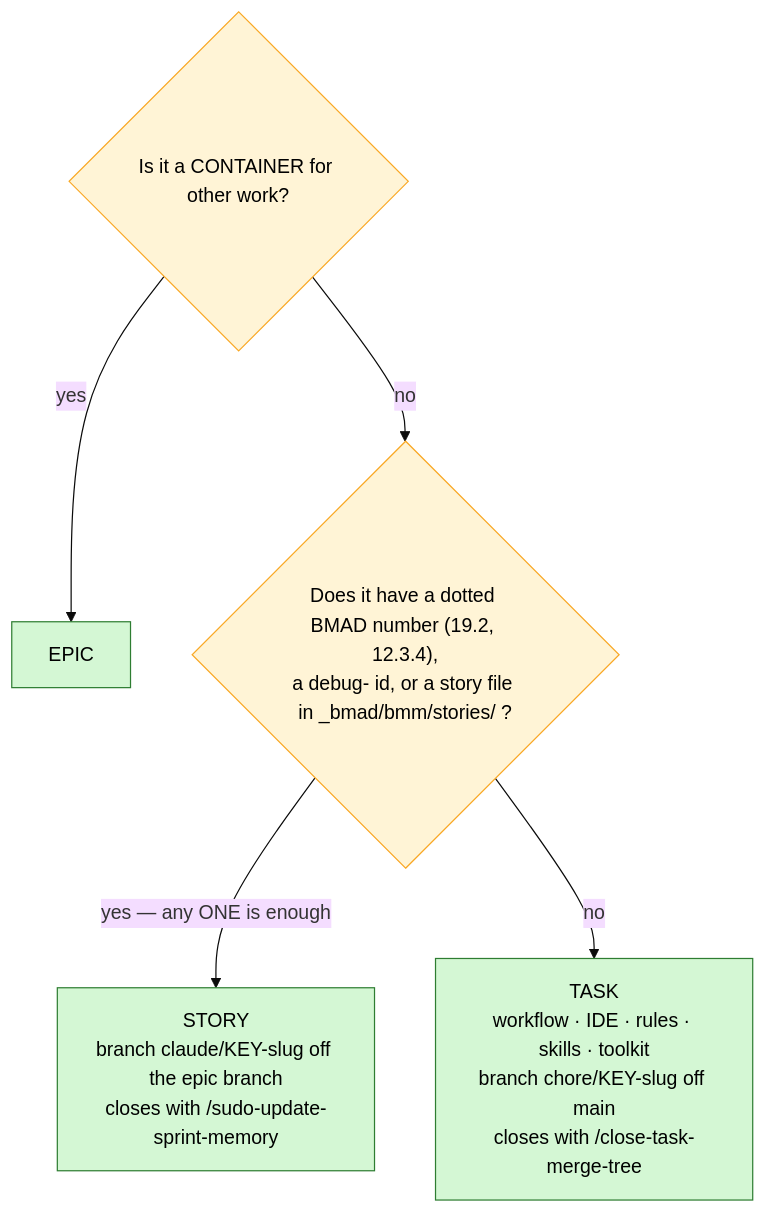
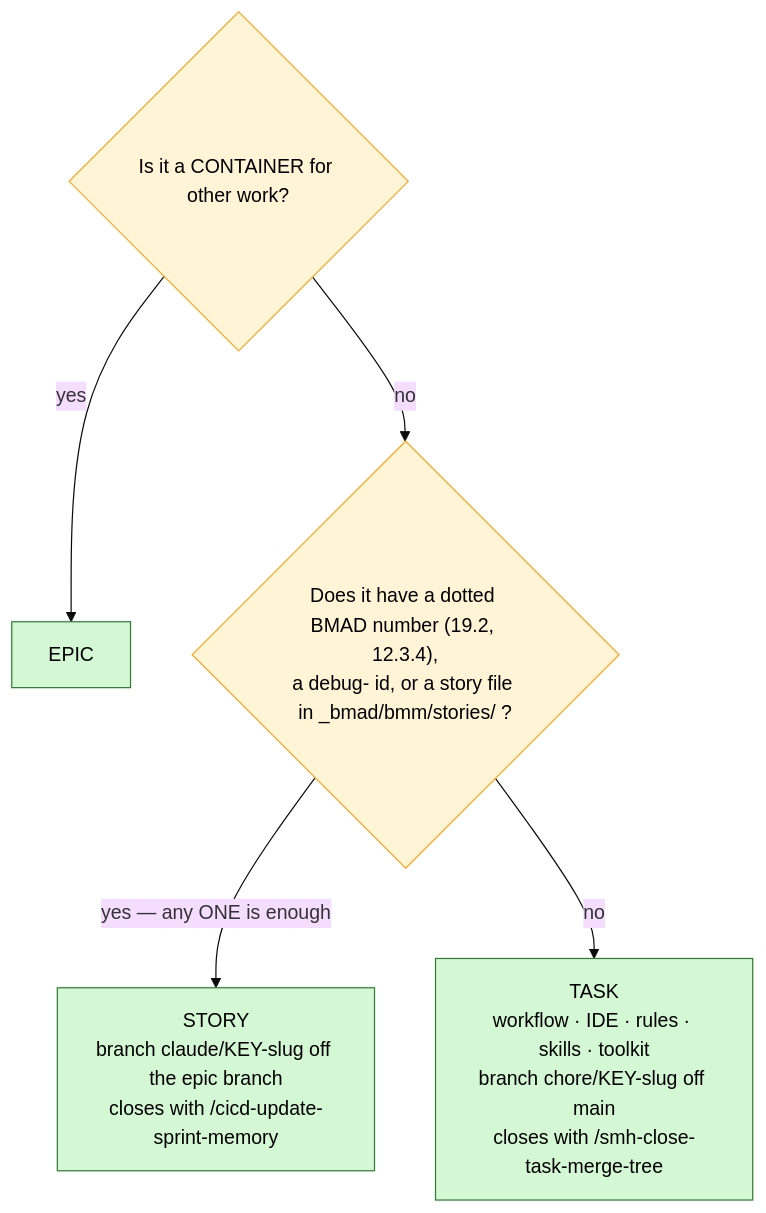
The third of 5 diagrams in _my_resources/_quick_reference/jira_manual.md (sudomadhatter/Sudo_Hatter_Command), drawn with Mermaid (base theme) before and after one commit. The commit also changed other lines of this file and 402 other files, not shown here.

````diff
--- a/_my_resources/_quick_reference/jira_manual.md
+++ b/_my_resources/_quick_reference/jira_manual.md
@@ -125,13 +125,13 @@
 ```mermaid
 flowchart TD
     C{"Is it a CONTAINER for other work?"}
     C -->|"yes"| E["EPIC"]
     C -->|"no"| Q{"Does it have a dotted BMAD number (19.2, 12.3.4),\na debug- id, or a story file in _bmad/bmm/stories/ ?"}
-    Q -->|"yes — any ONE is enough"| S["STORY\nbranch claude/KEY-slug off the epic branch\ncloses with /sudo-update-sprint-memory"]
-    Q -->|"no"| T["TASK\nworkflow · IDE · rules · skills · toolkit\nbranch chore/KEY-slug off main\ncloses with /close-task-merge-tree"]
+    Q -->|"yes — any ONE is enough"| S["STORY\nbranch claude/KEY-slug off the epic branch\ncloses with /cicd-update-sprint-memory"]
+    Q -->|"no"| T["TASK\nworkflow · IDE · rules · skills · toolkit\nbranch chore/KEY-slug off main\ncloses with /smh-close-task-merge-tree"]
 
     classDef good fill:#d4f7d4,stroke:#2e7d32,color:#000
     classDef gate fill:#fff4d6,stroke:#f9a825,color:#000
     class S,T,E good
     class C,Q gate
 ```
````
